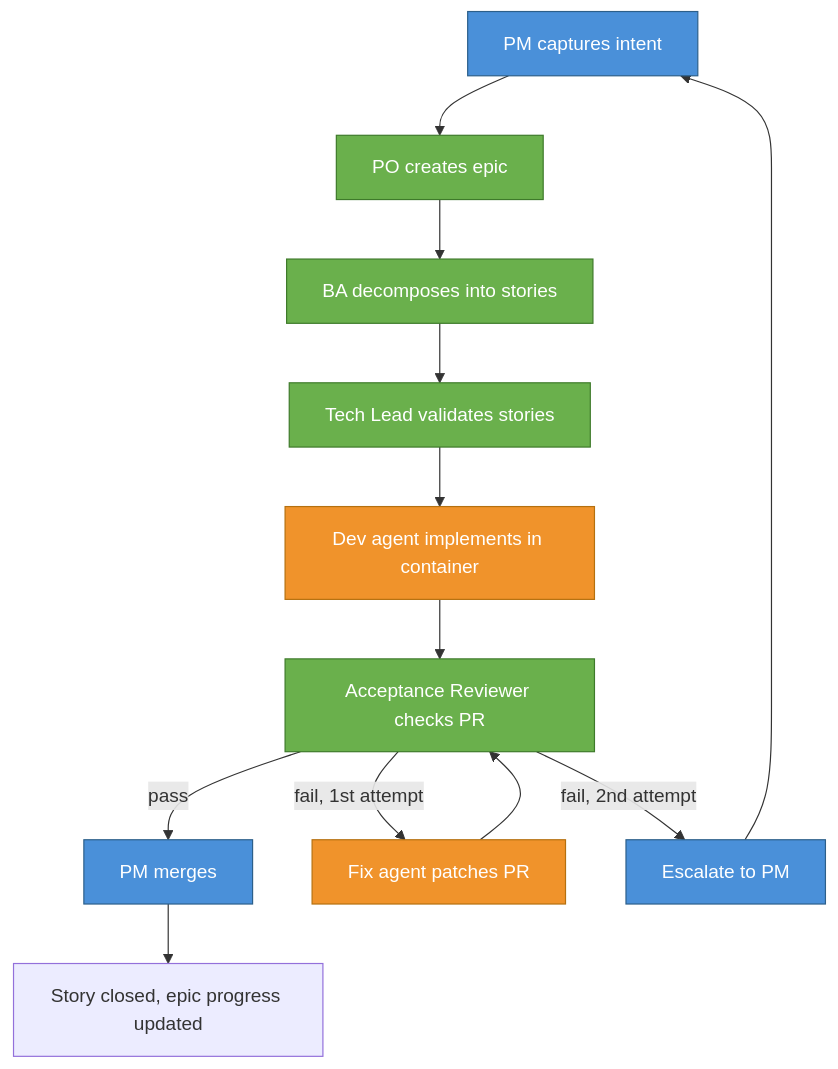
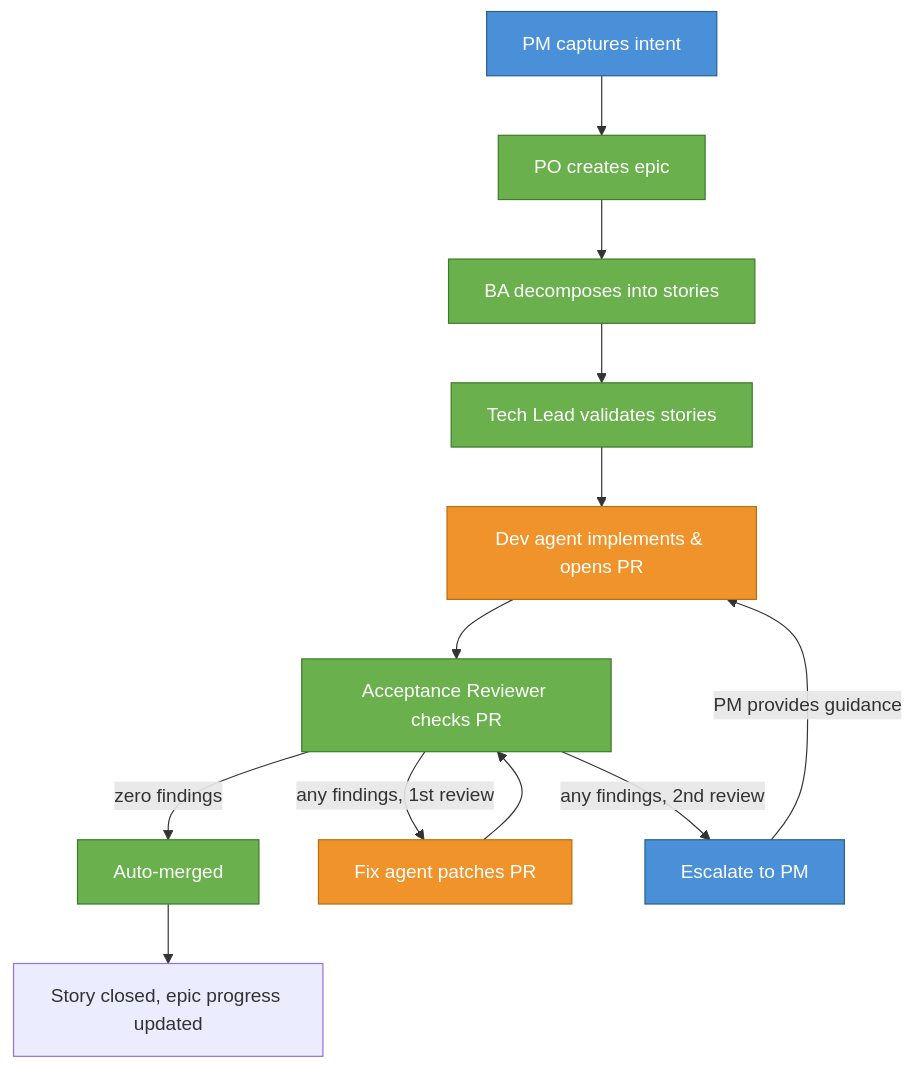
One commit to cfg-is/cfgms changed the first of 3 diagrams in docs/development/autonomous-dev-team.md. Above: the diagram before and after it, drawn with Mermaid. The commit also changed other lines of this file, not shown here.

First line of the commit message:
docs: fix autonomous dev team to match actual acceptance reviewer behavior

````diff
--- a/docs/development/autonomous-dev-team.md
+++ b/docs/development/autonomous-dev-team.md
@@ -24,18 +24,18 @@
 ```mermaid
 flowchart TD
     PM[PM captures intent]:::human --> PO[PO creates epic]:::agent
     PO --> BA[BA decomposes into stories]:::agent
     BA --> TL[Tech Lead validates stories]:::agent
-    TL --> DEV[Dev agent implements in container]:::container
+    TL --> DEV[Dev agent implements & opens PR]:::container
     DEV --> AR[Acceptance Reviewer checks PR]:::agent
-    AR -->|pass| MERGE[PM merges]:::human
-    AR -->|fail, 1st attempt| FIX[Fix agent patches PR]:::container
+    AR -->|zero findings| MERGE[Auto-merged]:::agent
+    AR -->|any findings, 1st review| FIX[Fix agent patches PR]:::container
     FIX --> AR
-    AR -->|fail, 2nd attempt| BLOCKED[Escalate to PM]:::human
-    BLOCKED --> PM
+    AR -->|any findings, 2nd review| BLOCKED[Escalate to PM]:::human
+    BLOCKED -->|PM provides guidance| DEV
     MERGE --> DONE[Story closed, epic progress updated]
 
     classDef human fill:#4a90d9,stroke:#2c5f8a,color:#fff
     classDef agent fill:#6ab04c,stroke:#3e7a2a,color:#fff
     classDef container fill:#f0932b,stroke:#b5700f,color:#fff
 ```
````
